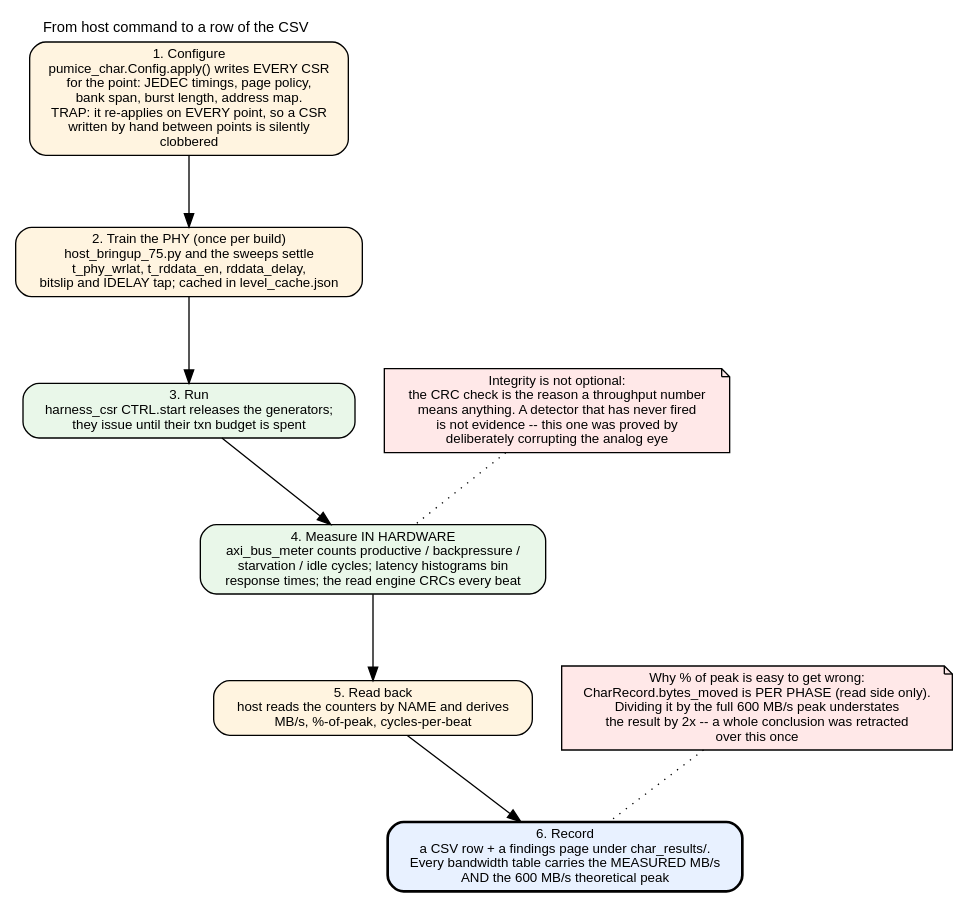
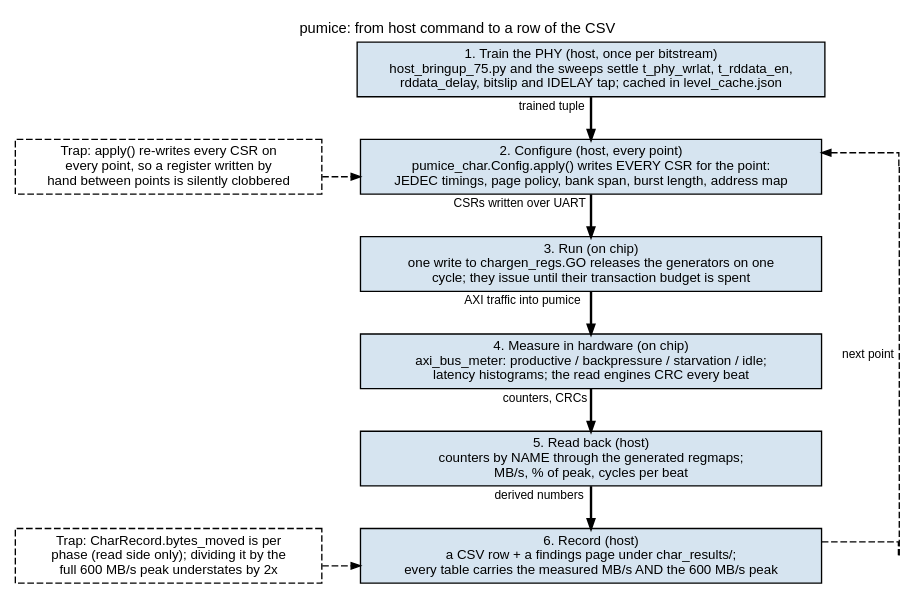
The diagram in projects/fpga-systems/NexysA7/mem-ctrl-ip-ddr2/docs/pumice_fpga_system/assets/graphviz/04_measurement_path.dot (sean-galloway/RTLDesignSherpa), drawn with Graphviz before and after one commit. The commit also changed 166 other files, not shown here.

```diff
--- a/projects/fpga-systems/NexysA7/mem-ctrl-ip-ddr2/docs/pumice_fpga_system/assets/graphviz/04_measurement_path.dot
+++ b/projects/fpga-systems/NexysA7/mem-ctrl-ip-ddr2/docs/pumice_fpga_system/assets/graphviz/04_measurement_path.dot
@@ -1,22 +1,47 @@
-// How a host command becomes a number. The loop the whole apparatus exists for.
+// Figure 4.1 -- from host command to a row of the CSV. A process flow in the
+// house vocabulary (vault/handbook/authoring/block-diagrams.md): six steps
+// top-down in one center column, every arrow labeled with what it carries,
+// each step naming where it runs; the per-point loop climbs the right edge
+// dashed, and the two traps are dashed notes attached to the step they bite.
+// Sources: build-perf/host (pumice_char.py, host_bringup_75.py), chargen_regs GO,
+// char_engine_block (axi_bus_meter, axi_perf_latency_hist).
 digraph measurement_path {
-    graph [rankdir=TB, fontname="Helvetica", fontsize=11, nodesep=0.3, ranksep=0.75,
-           label="From host command to a row of the CSV", labelloc=t, labeljust=l];
-    node  [fontname="Helvetica", fontsize=10, shape=box, style="rounded,filled", fillcolor="#f4f4f4"];
-    edge  [fontname="Helvetica", fontsize=9];
+    graph [rankdir=TB, bgcolor="white", fontname="Helvetica", fontsize=11,
+           nodesep="0.40", ranksep="0.45", splines=ortho, newrank=true,
+           label="pumice: from host command to a row of the CSV", labelloc=t];
+    node  [fontname="Helvetica", fontsize=10, shape=box, style=filled,
+           fillcolor="#D6E4F0", color="black", margin="0.12,0.06", width=4.8];
+    edge  [fontname="Helvetica", fontsize=9, color="black", arrowsize=0.7];
 
-    cfg  [label="1. Configure\npumice_char.Config.apply() writes EVERY CSR\nfor the point: JEDEC timings, page policy,\nbank span, burst length, address map.\nTRAP: it re-applies on EVERY point, so a CSR\nwritten by hand between points is silently\nclobbered", fillcolor="#fff4e0"];
-    train [label="2. Train the PHY (once per build)\nhost_bringup_75.py and the sweeps settle\nt_phy_wrlat, t_rddata_en, rddata_delay,\nbitslip and IDELAY tap; cached in level_cache.json", fillcolor="#fff4e0"];
-    run  [label="3. Run\nharness_csr CTRL.start releases the generators;\nthey issue until their txn budget is spent", fillcolor="#e9f7e9"];
-    meas [label="4. Measure IN HARDWARE\naxi_bus_meter counts productive / backpressure /\nstarvation / idle cycles; latency histograms bin\nresponse times; the read engine CRCs every beat", fillcolor="#e9f7e9"];
-    read [label="5. Read back\nhost reads the counters by NAME and derives\nMB/s, %-of-peak, cycles-per-beat", fillcolor="#fff4e0"];
-    csv  [label="6. Record\na CSV row + a findings page under char_results/.\nEvery bandwidth table carries the MEASURED MB/s\nAND the 600 MB/s theoretical peak", fillcolor="#e8f1ff", penwidth=2];
+    train [group=C, label="1. Train the PHY (host, once per bitstream)\nhost_bringup_75.py and the sweeps settle t_phy_wrlat, t_rddata_en,\nrddata_delay, bitslip and IDELAY tap; cached in level_cache.json"];
+    cfg   [group=C, label="2. Configure (host, every point)\npumice_char.Config.apply() writes EVERY CSR for the point:\nJEDEC timings, page policy, bank span, burst length, address map"];
+    run   [group=C, label="3. Run (on chip)\none write to chargen_regs.GO releases the generators on one\ncycle; they issue until their transaction budget is spent"];
+    meas  [group=C, label="4. Measure in hardware (on chip)\naxi_bus_meter: productive / backpressure / starvation / idle;\nlatency histograms; the read engines CRC every beat"];
+    read  [group=C, label="5. Read back (host)\ncounters by NAME through the generated regmaps;\nMB/s, % of peak, cycles per beat"];
+    csv   [group=C, label="6. Record (host)\na CSV row + a findings page under char_results/;\nevery table carries the measured MB/s AND the 600 MB/s peak"];
 
-    cfg -> train -> run -> meas -> read -> csv;
+    trap1 [label="Trap: apply() re-writes every CSR on\nevery point, so a register written by\nhand between points is silently clobbered", fillcolor="white", style="filled,dashed", width=3.2];
+    trap2 [label="Trap: CharRecord.bytes_moved is per\nphase (read side only); dividing it by the\nfull 600 MB/s peak understates by 2x", fillcolor="white", style="filled,dashed", width=3.2];
 
-    trap [label="Why % of peak is easy to get wrong:\nCharRecord.bytes_moved is PER PHASE (read side only).\nDividing it by the full 600 MB/s peak understates\nthe result by 2x -- a whole conclusion was retracted\nover this once", shape=note, fillcolor="#ffe8e8"];
-    trap -> csv [style=dotted, arrowhead=none];
+    pl [shape=point, style=invis, width=0.01, label=""];
+    pt [shape=point, style=invis, width=0.01, label=""];
+    { rank=same; cfg; trap1; pt; }
+    { rank=same; csv; trap2; pl; }
+    trap1 -> cfg [style=invis];
+    trap2 -> csv [style=invis];
+    cfg -> pt [style=invis, minlen=2];
+    csv -> pl [style=invis, minlen=2];
 
-    integ [label="Integrity is not optional:\nthe CRC check is the reason a throughput number\nmeans anything. A detector that has never fired\nis not evidence -- this one was proved by\ndeliberately corrupting the analog eye", shape=note, fillcolor="#ffe8e8"];
-    integ -> meas [style=dotted, arrowhead=none];
+    train -> cfg  [penwidth=1.8, xlabel="trained tuple"];
+    cfg   -> run  [penwidth=1.8, xlabel="CSRs written over UART"];
+    run   -> meas [penwidth=1.8, xlabel="AXI traffic into pumice"];
+    meas  -> read [penwidth=1.8, xlabel="counters, CRCs"];
+    read  -> csv  [penwidth=1.8, xlabel="derived numbers"];
+
+    trap1 -> cfg  [style=dashed, constraint=false, xlabel=""];
+    trap2 -> csv  [style=dashed, constraint=false];
+
+    csv -> pl [style=dashed, dir=none];
+    pl  -> pt [style=dashed, dir=none, xlabel="next point"];
+    pt  -> cfg [style=dashed];
 }
```
